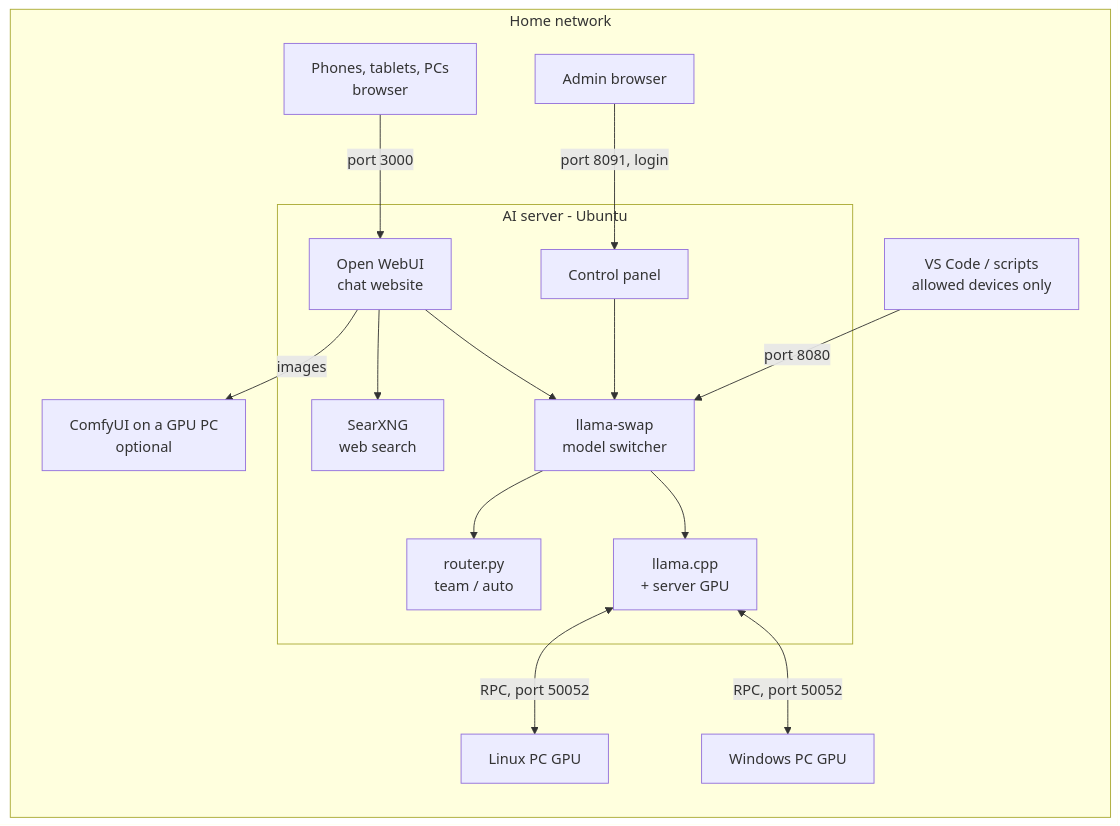
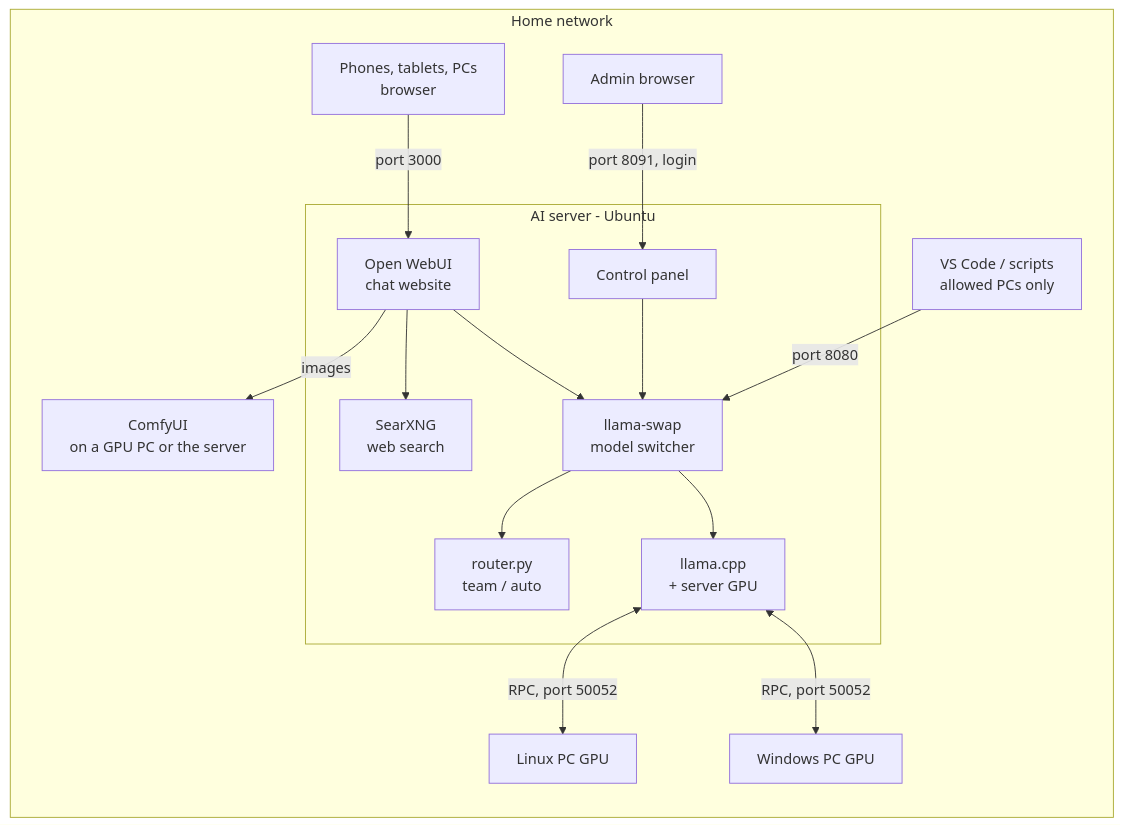
Before and after one commit to shafakat12/home-ai-cluster: the diagram in README.md, drawn with Mermaid. The commit also changed other lines of this file and 23 other files, not shown here.

````diff
--- a/README.md
+++ b/README.md
@@ -50,18 +49,18 @@
 ```mermaid
 flowchart LR
     subgraph Home network
       P[Phones, tablets, PCs<br/>browser] -->|port 3000| W[Open WebUI<br/>chat website]
       A[Admin browser] -->|port 8091, login| C[Control panel]
-      V[VS Code / scripts<br/>allowed devices only] -->|port 8080| S
+      V[VS Code / scripts<br/>allowed PCs only] -->|port 8080| S
       subgraph AI server - Ubuntu
         W --> S[llama-swap<br/>model switcher]
         C --> S
         S --> L[llama.cpp<br/>+ server GPU]
         S --> R[router.py<br/>team / auto]
         W --> X[SearXNG<br/>web search]
       end
       L <-->|RPC, port 50052| G1[Windows PC GPU]
       L <-->|RPC, port 50052| G2[Linux PC GPU]
-      W -->|images| CU[ComfyUI on a GPU PC<br/>optional]
+      W -->|images| CU[ComfyUI<br/>on a GPU PC or the server]
     end
 ```
````
